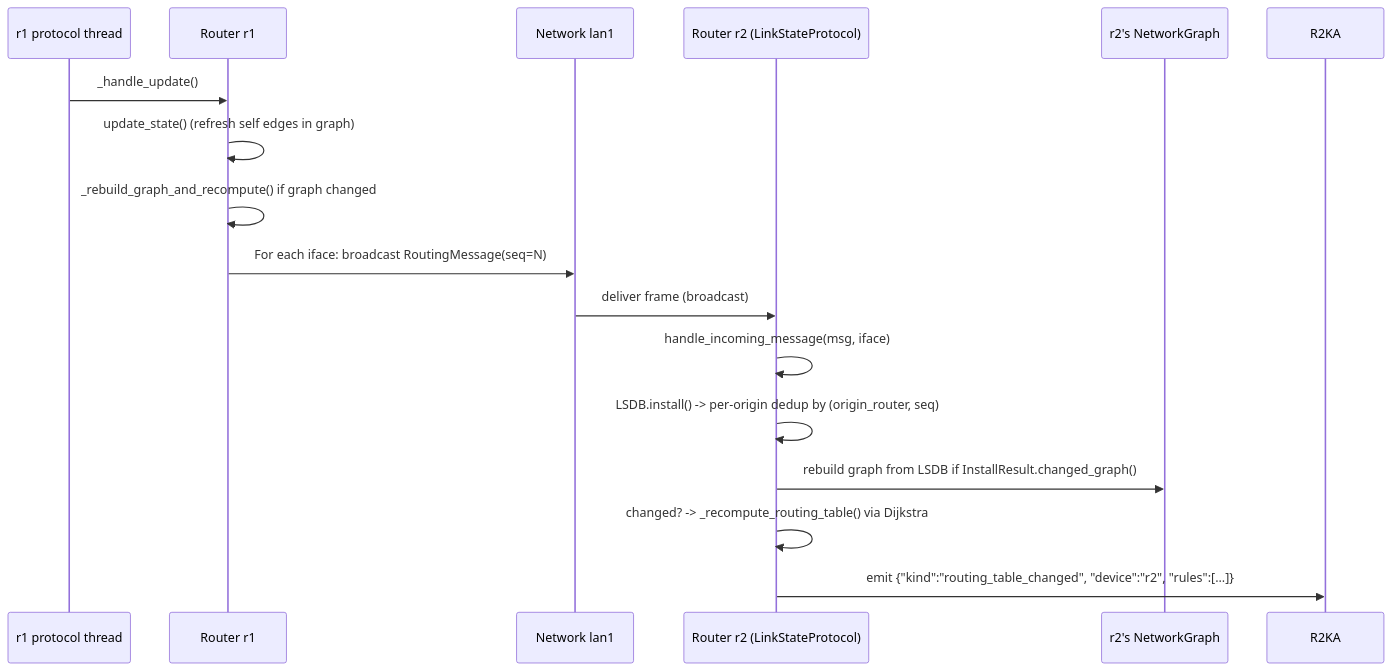
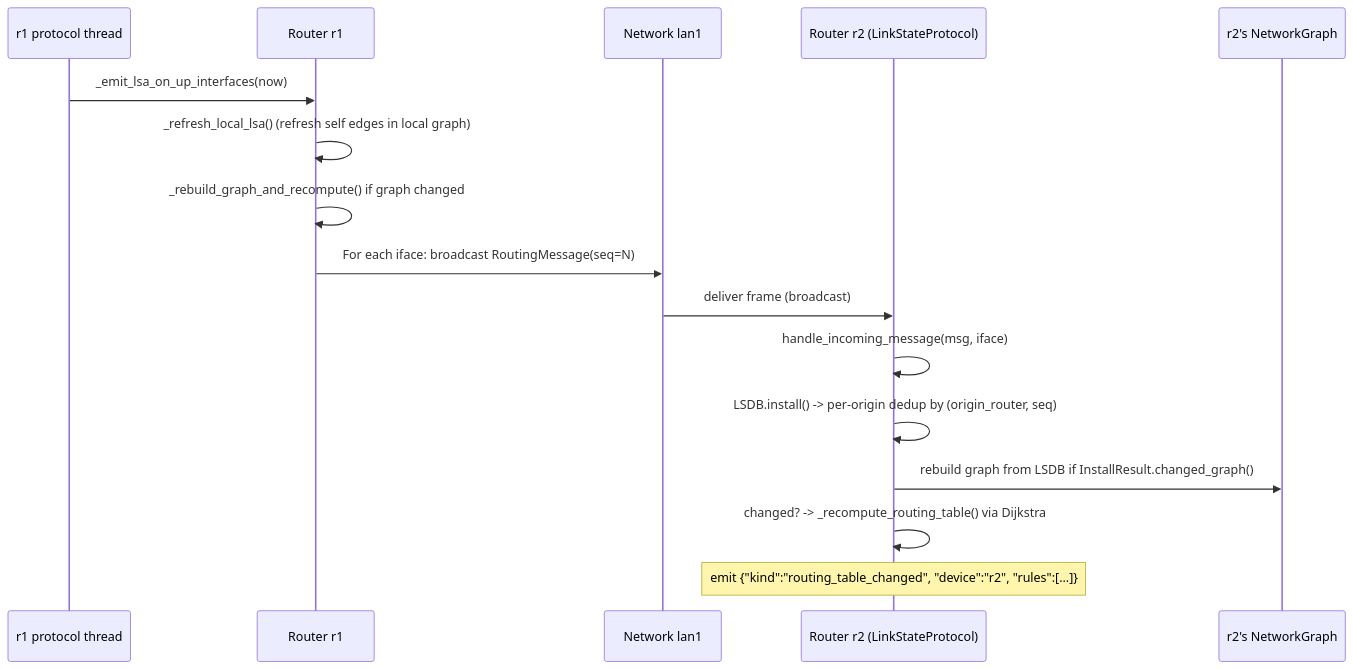
Before and after one commit to lukius/loom: the second of 4 diagrams in docs/architecture/overview.md, drawn with Mermaid.

Commit message:
docs(overview): fix convergence diagram method names and participant

````diff
--- a/docs/architecture/overview.md
+++ b/docs/architecture/overview.md
@@ -146,19 +146,19 @@
 ```mermaid
 sequenceDiagram
   participant R1KA as r1 protocol thread
   participant R1 as Router r1
   participant LAN1 as Network lan1
   participant R2 as Router r2 (LinkStateProtocol)
   participant R2GR as r2's NetworkGraph
 
-  R1KA->>R1: _handle_update()
-  R1->>R1: update_state()  (refresh self edges in graph)
+  R1KA->>R1: _emit_lsa_on_up_interfaces(now)
+  R1->>R1: _refresh_local_lsa()  (refresh self edges in local graph)
   R1->>R1: _rebuild_graph_and_recompute() if graph changed
   R1->>LAN1: For each iface: broadcast RoutingMessage(seq=N)
   LAN1->>R2: deliver frame (broadcast)
   R2->>R2: handle_incoming_message(msg, iface)
   R2->>R2: LSDB.install() -> per-origin dedup by (origin_router, seq)
   R2->>R2GR: rebuild graph from LSDB if InstallResult.changed_graph()
   R2->>R2: changed? -> _recompute_routing_table() via Dijkstra
-  R2->>R2KA: emit {"kind":"routing_table_changed", "device":"r2", "rules":[...]}
+  Note over R2: emit {"kind":"routing_table_changed", "device":"r2", "rules":[...]}
 ```
````
